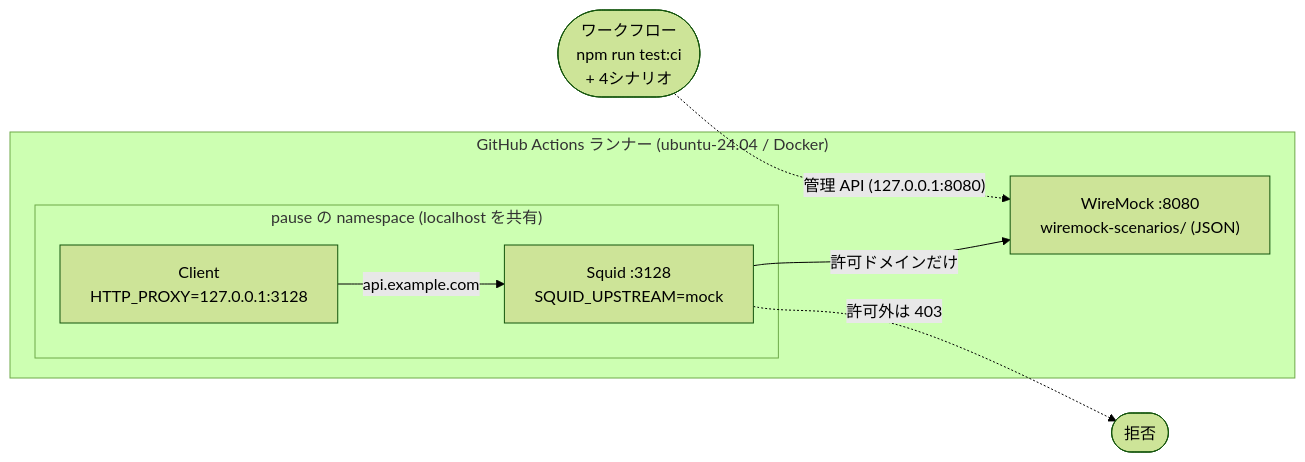
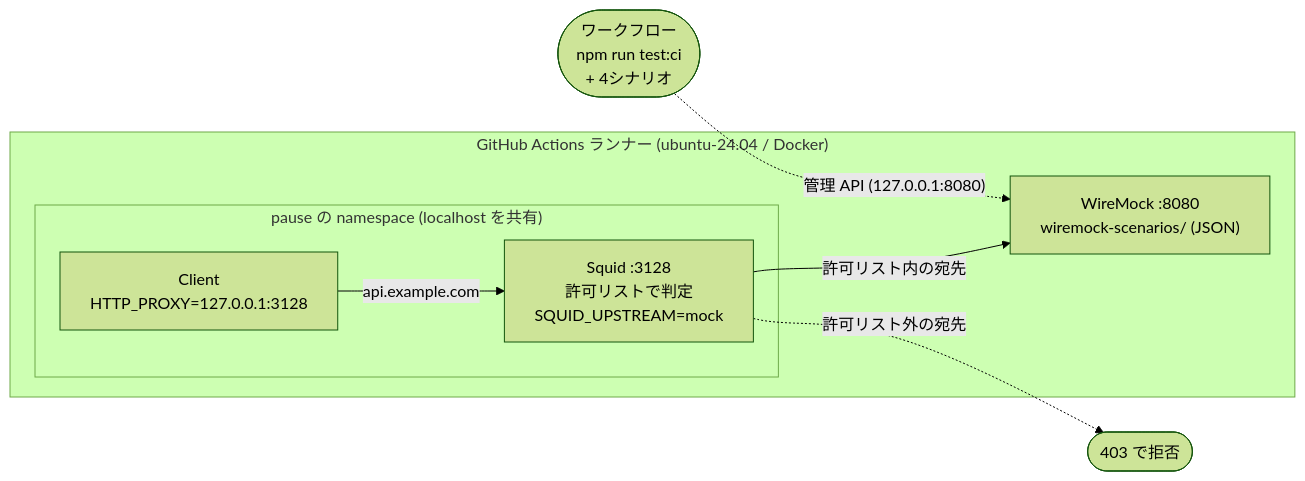
Before and after one commit to satoshi256kbyte/squid-wiremock-sidecar: the second of 3 diagrams in README.md, drawn with Mermaid (forest theme). The commit also changed other lines of this file, not shown here.

Commit message:
README: 図の線を「許可リスト内/外」に直し、判定は Squid が行うと明記する

````diff
--- a/README.md
+++ b/README.md
@@ -57,14 +59,14 @@
 ```mermaid
 flowchart LR
   subgraph Runner["GitHub Actions ランナー (ubuntu-24.04 / Docker)"]
     subgraph NS["pause の namespace (localhost を共有)"]
       Client["Client<br/>HTTP_PROXY=127.0.0.1:3128"]
-      Squid["Squid :3128<br/>SQUID_UPSTREAM=mock"]
+      Squid["Squid :3128<br/>許可リストで判定<br/>SQUID_UPSTREAM=mock"]
       Client -->|"api.example.com"| Squid
     end
     WM["WireMock :8080<br/>wiremock-scenarios/ (JSON)"]
-    Squid -->|"許可ドメインだけ"| WM
+    Squid -->|"許可リスト内の宛先"| WM
   end
   WF(["ワークフロー<br/>npm run test:ci<br/>+ 4シナリオ"]) -.->|"管理 API (127.0.0.1:8080)"| WM
-  Squid -. "許可外は 403" .-> X(["拒否"])
+  Squid -. "許可リスト外の宛先" .-> X(["403 で拒否"])
 ```
````
